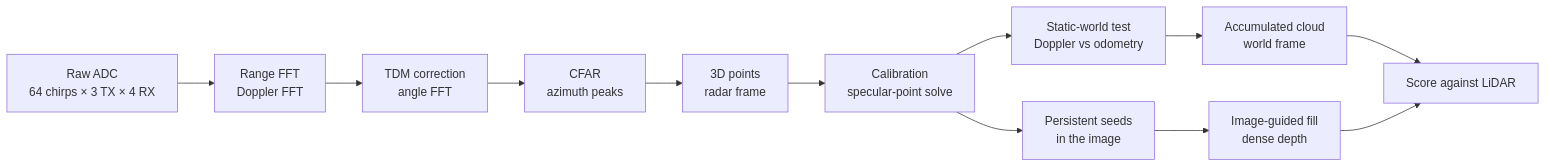
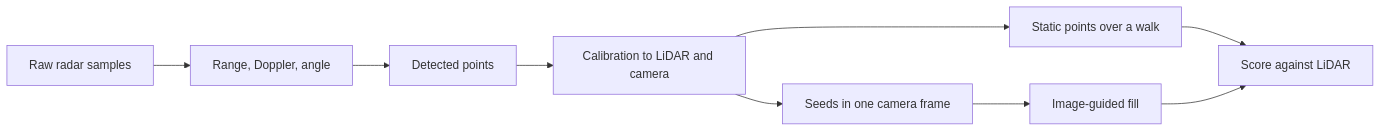
The diagram in FINAL_REPORT.md (berlin0308/radar-camera-3d), drawn with Mermaid before and after one commit. The commit also changed other lines of this file and 2 other files, not shown here.

````diff
--- a/FINAL_REPORT.md
+++ b/FINAL_REPORT.md
@@ -44,14 +28,11 @@
 ```mermaid
 flowchart LR
-    A["Raw ADC<br/>64 chirps × 3 TX × 4 RX"] --> B["Range FFT<br/>Doppler FFT"]
-    B --> C["TDM correction<br/>angle FFT"]
-    C --> D["CFAR<br/>azimuth peaks"]
-    D --> E["3D points<br/>radar frame"]
-    E --> F["Calibration<br/>specular-point solve"]
-    F --> G["Static-world test<br/>Doppler vs odometry"]
-    G --> H["Accumulated cloud<br/>world frame"]
-    F --> I["Persistent seeds<br/>in the image"]
-    I --> J["Image-guided fill<br/>dense depth"]
-    H --> K["Score against LiDAR"]
-    J --> K
+    A["Raw radar samples"] --> B["Range, Doppler, angle"]
+    B --> C["Detected points"]
+    C --> D["Calibration to LiDAR and camera"]
+    D --> E["Static points over a walk"]
+    D --> F["Seeds in one camera frame"]
+    F --> G["Image-guided fill"]
+    E --> H["Score against LiDAR"]
+    G --> H
 ```
````
